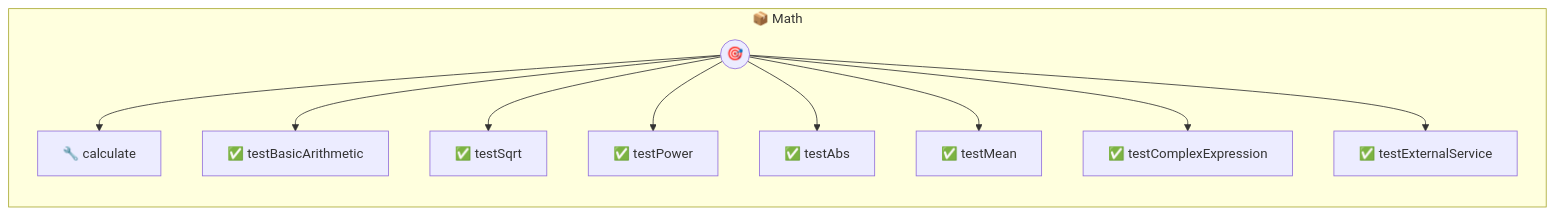
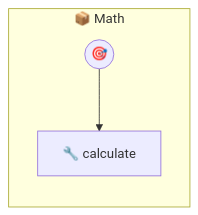
One commit to portel-dev/photons changed the diagram in math.md. Above: the diagram before and after it, drawn with Mermaid. The commit also changed other lines of this file and 34 other files, not shown here.

````diff
--- a/math.md
+++ b/math.md
@@ -115,23 +38,9 @@
 ```mermaid
 flowchart LR
     subgraph math["📦 Math"]
         direction TB
         PHOTON((🎯))
         T0[🔧 calculate]
         PHOTON --> T0
-        T1[✅ testBasicArithmetic]
-        PHOTON --> T1
-        T2[✅ testSqrt]
-        PHOTON --> T2
-        T3[✅ testPower]
-        PHOTON --> T3
-        T4[✅ testAbs]
-        PHOTON --> T4
-        T5[✅ testMean]
-        PHOTON --> T5
-        T6[✅ testComplexExpression]
-        PHOTON --> T6
-        T7[✅ testExternalService]
-        PHOTON --> T7
     end
 ```
````
